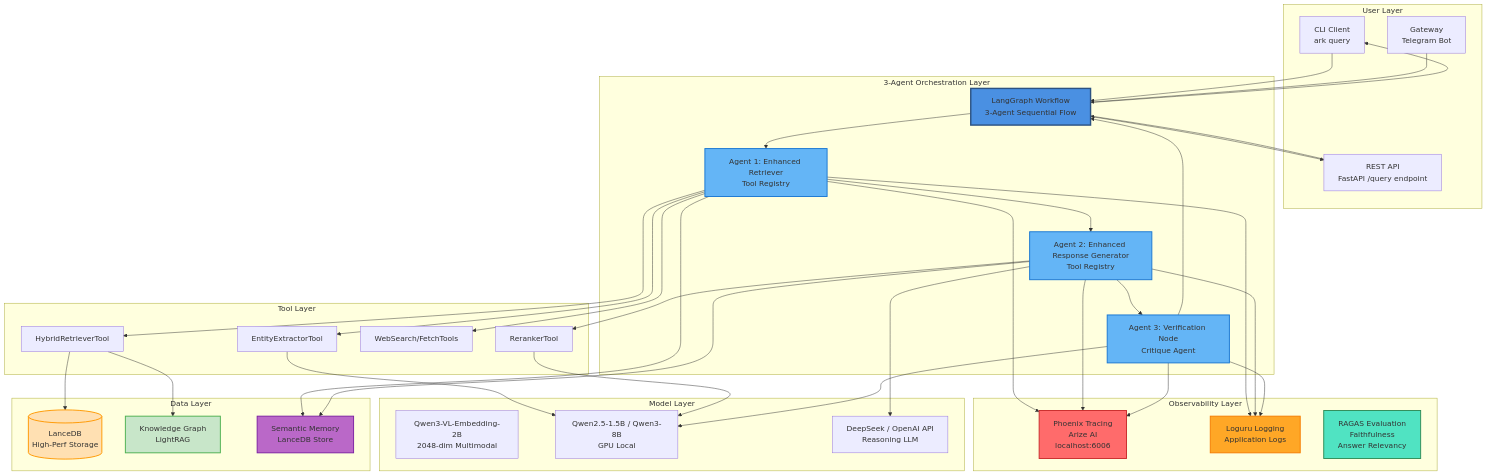
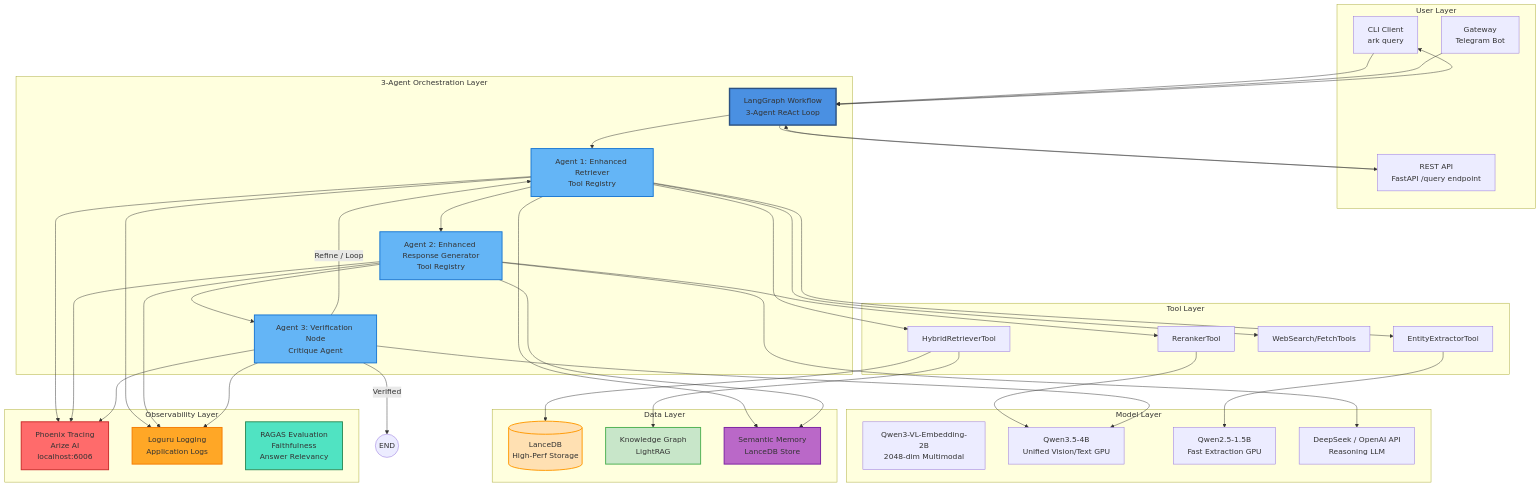
One commit to CalmScout/agentic-research-kit changed the first of 4 diagrams in docs/ARCHITECTURE_DIAGRAMS.md. Above: the diagram before and after it, drawn with Mermaid. The commit also changed other lines of this file and 5 other files, not shown here.

Commit message:
docs: sync roadmap, architecture diagrams, and Qwen 3.5 research with implementation

```diff
--- a/docs/ARCHITECTURE_DIAGRAMS.md
+++ b/docs/ARCHITECTURE_DIAGRAMS.md
@@ -26,7 +26,7 @@
     end
 
     subgraph "3-Agent Orchestration Layer"
-        LangGraph[LangGraph Workflow<br/>3-Agent Sequential Flow]
+        LangGraph[LangGraph Workflow<br/>3-Agent ReAct Loop]
         A1[Agent 1: Enhanced Retriever<br/>Tool Registry]
         A2[Agent 2: Enhanced Response Generator<br/>Tool Registry]
         A3[Agent 3: Verification Node<br/>Critique Agent]
@@ -41,7 +41,8 @@
 
     subgraph "Model Layer"
         Embeddings[Qwen3-VL-Embedding-2B<br/>2048-dim Multimodal]
-        LLM_Local[Qwen2.5-1.5B / Qwen3-8B<br/>GPU Local]
+        LLM_Unified[Qwen3.5-4B<br/>Unified Vision/Text GPU]
+        LLM_Fast[Qwen2.5-1.5B<br/>Fast Extraction GPU]
         LLM_API[DeepSeek / OpenAI API<br/>Reasoning LLM]
     end
 
@@ -66,7 +67,9 @@
     LangGraph --> A1
     A1 --> A2
     A2 --> A3
-    A3 --> LangGraph
+    A3 -- "Refine / Loop" --> A1
+    A3 -- "Verified" --> END((END))
+    
     LangGraph --> CLI
     LangGraph --> API
 
@@ -77,10 +80,10 @@
     A2 --> T4
 
     %% Tools to Models
-    T1 --> LLM_Local
-    T4 --> LLM_Local
+    T1 --> LLM_Fast
+    T4 --> LLM_Unified
     A2 --> LLM_API
-    A3 --> LLM_Local
+    A3 --> LLM_Unified
 
     %% Tools to Data
     T2 --> LanceDB
```
